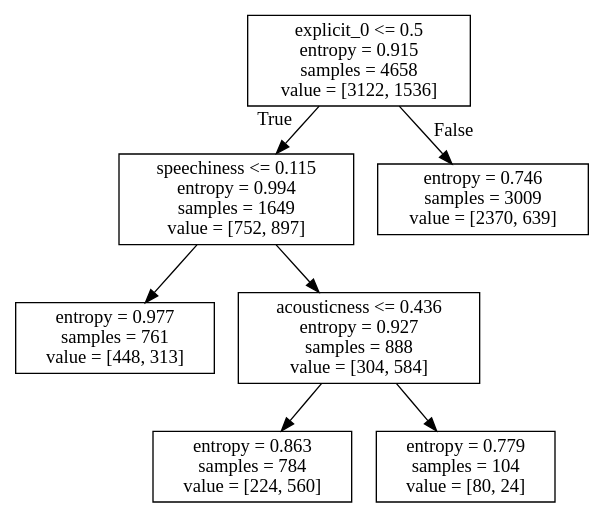
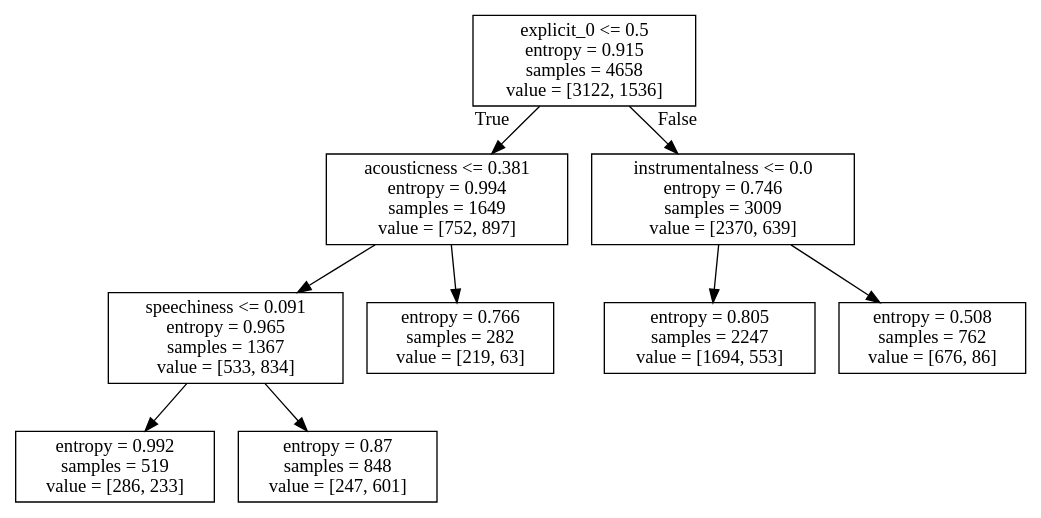
Before and after one commit to CrystalCo/audio_features_popularity_classifiers: the diagram in rnb_DT.dot, drawn with Graphviz. The commit also changed 15 other files, not shown here.

```diff
--- a/rnb_DT.dot
+++ b/rnb_DT.dot
@@ -1,16 +1,20 @@
 digraph Tree {
 node [shape=box] ;
 0 [label="explicit_0 <= 0.5\nentropy = 0.915\nsamples = 4658\nvalue = [3122, 1536]"] ;
-1 [label="speechiness <= 0.115\nentropy = 0.994\nsamples = 1649\nvalue = [752, 897]"] ;
+1 [label="acousticness <= 0.381\nentropy = 0.994\nsamples = 1649\nvalue = [752, 897]"] ;
 0 -> 1 [labeldistance=2.5, labelangle=45, headlabel="True"] ;
-2 [label="entropy = 0.977\nsamples = 761\nvalue = [448, 313]"] ;
+2 [label="speechiness <= 0.091\nentropy = 0.965\nsamples = 1367\nvalue = [533, 834]"] ;
 1 -> 2 ;
-3 [label="acousticness <= 0.436\nentropy = 0.927\nsamples = 888\nvalue = [304, 584]"] ;
-1 -> 3 ;
-4 [label="entropy = 0.863\nsamples = 784\nvalue = [224, 560]"] ;
-3 -> 4 ;
-5 [label="entropy = 0.779\nsamples = 104\nvalue = [80, 24]"] ;
-3 -> 5 ;
-6 [label="entropy = 0.746\nsamples = 3009\nvalue = [2370, 639]"] ;
+3 [label="entropy = 0.992\nsamples = 519\nvalue = [286, 233]"] ;
+2 -> 3 ;
+4 [label="entropy = 0.87\nsamples = 848\nvalue = [247, 601]"] ;
+2 -> 4 ;
+5 [label="entropy = 0.766\nsamples = 282\nvalue = [219, 63]"] ;
+1 -> 5 ;
+6 [label="instrumentalness <= 0.0\nentropy = 0.746\nsamples = 3009\nvalue = [2370, 639]"] ;
 0 -> 6 [labeldistance=2.5, labelangle=-45, headlabel="False"] ;
+7 [label="entropy = 0.805\nsamples = 2247\nvalue = [1694, 553]"] ;
+6 -> 7 ;
+8 [label="entropy = 0.508\nsamples = 762\nvalue = [676, 86]"] ;
+6 -> 8 ;
 }
```
